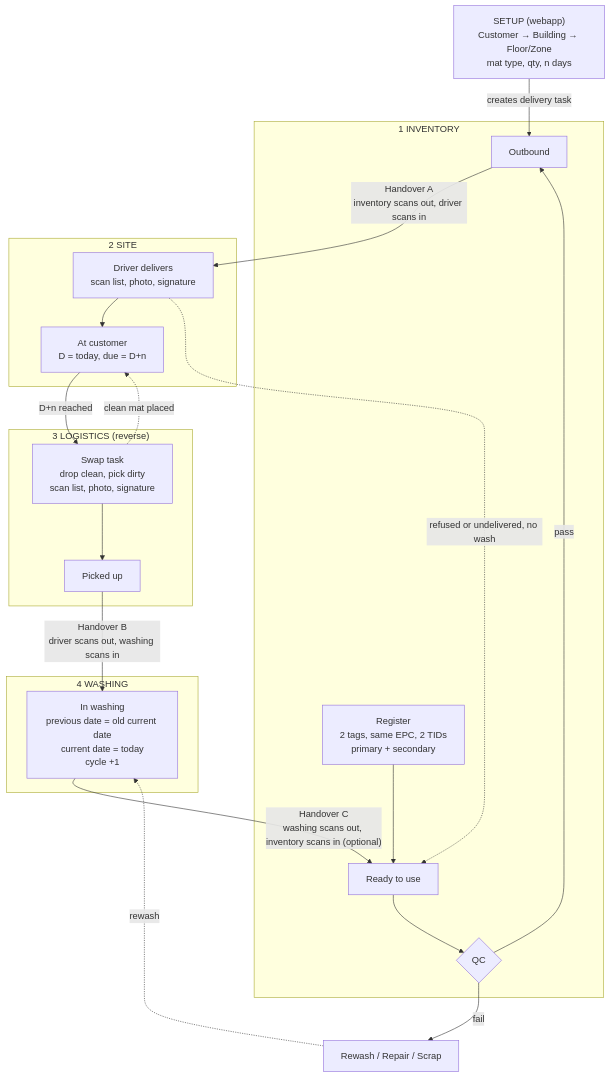
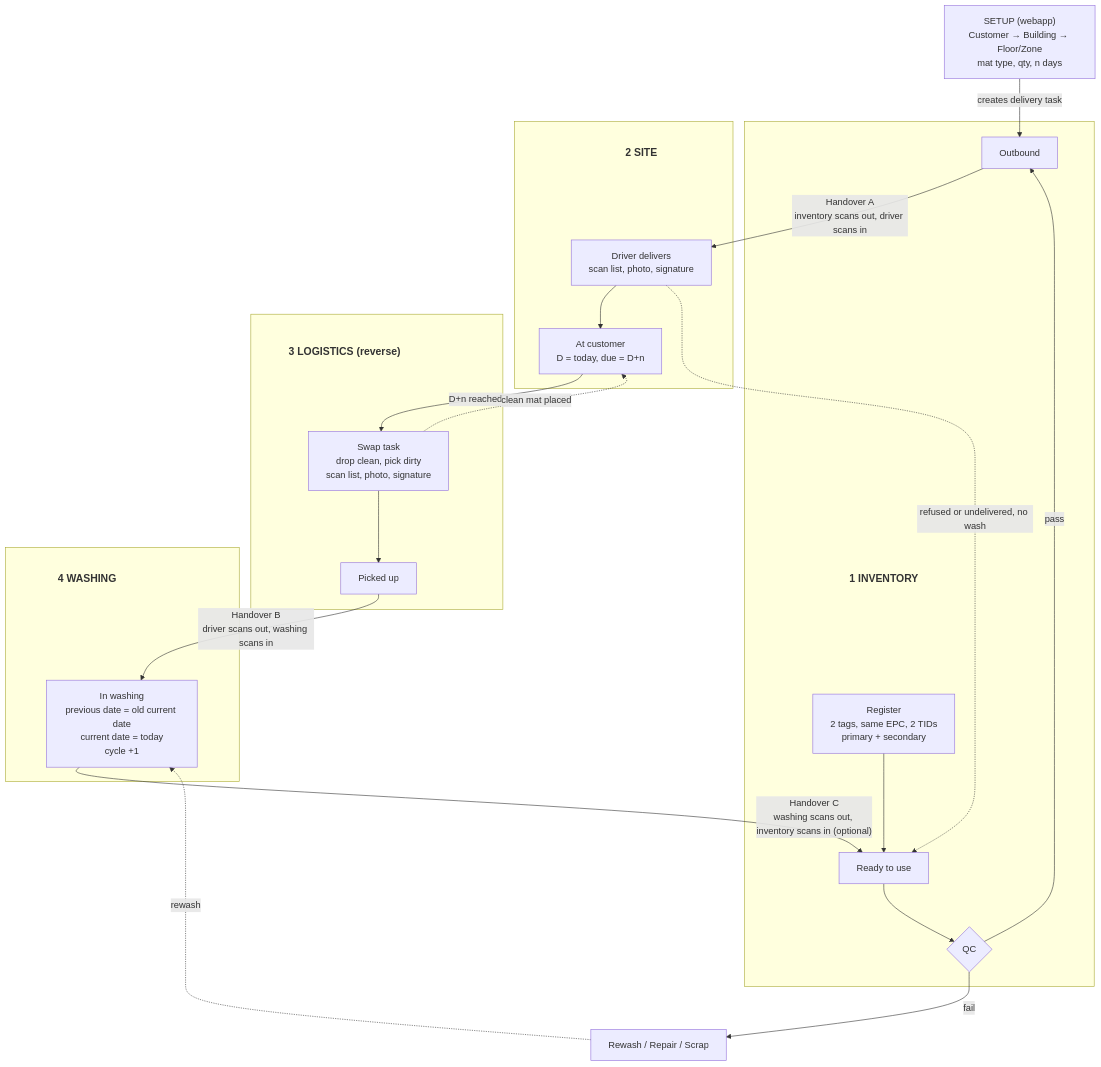
The diagram in FLOW.md (Naveenrawat-max/laundry-poc), drawn with Mermaid before and after one commit. The commit also changed other lines of this file and 2 other files, not shown here.

Commit message:
Move phase titles clear of arrow lines at 0.1.3.

````diff
--- a/FLOW.md
+++ b/FLOW.md
@@ -12,35 +12,41 @@
 ```mermaid
 flowchart TD
     SETUP["SETUP (webapp)<br/>Customer → Building → Floor/Zone<br/>mat type, qty, n days"]
 
-    subgraph INV["1 INVENTORY"]
+    subgraph INV[" "]
+        T1["1 INVENTORY"]:::phase ~~~ REG
         REG["Register<br/>2 tags, same EPC, 2 TIDs<br/>primary + secondary"] --> READY["Ready to use"]
         READY --> QC{"QC"}
         QC -- pass --> OUT["Outbound"]
     end
 
-    subgraph SITE["2 SITE"]
+    subgraph SITE[" "]
+        T2["2 SITE"]:::phase ~~~ DEL
         DEL["Driver delivers<br/>scan list, photo, signature"] --> ATC["At customer<br/>D = today, due = D+n"]
     end
 
-    subgraph LOG["3 LOGISTICS (reverse)"]
+    subgraph LOG[" "]
+        T3["3 LOGISTICS (reverse)"]:::phase ~~~ SWAP
         SWAP["Swap task<br/>drop clean, pick dirty<br/>scan list, photo, signature"] --> PICKED["Picked up"]
     end
 
-    subgraph WASH["4 WASHING"]
+    subgraph WASH[" "]
+        T4["4 WASHING"]:::phase ~~~ INW
         INW["In washing<br/>previous date = old current date<br/>current date = today<br/>cycle +1"]
     end
 
     FIX["Rewash / Repair / Scrap"]
 
     SETUP -- "creates delivery task" --> OUT
     OUT -- "Handover A<br/>inventory scans out, driver scans in" --> DEL
     ATC -- "D+n reached" --> SWAP
     SWAP -. "clean mat placed" .-> ATC
     PICKED -- "Handover B<br/>driver scans out, washing scans in" --> INW
     INW -- "Handover C<br/>washing scans out, inventory scans in (optional)" --> READY
 
     QC -- fail --> FIX
     FIX -. "rewash" .-> INW
     DEL -. "refused or undelivered, no wash" .-> READY
+
+    classDef phase fill:none,stroke:none,font-weight:bold,font-size:18px
 ```
````
